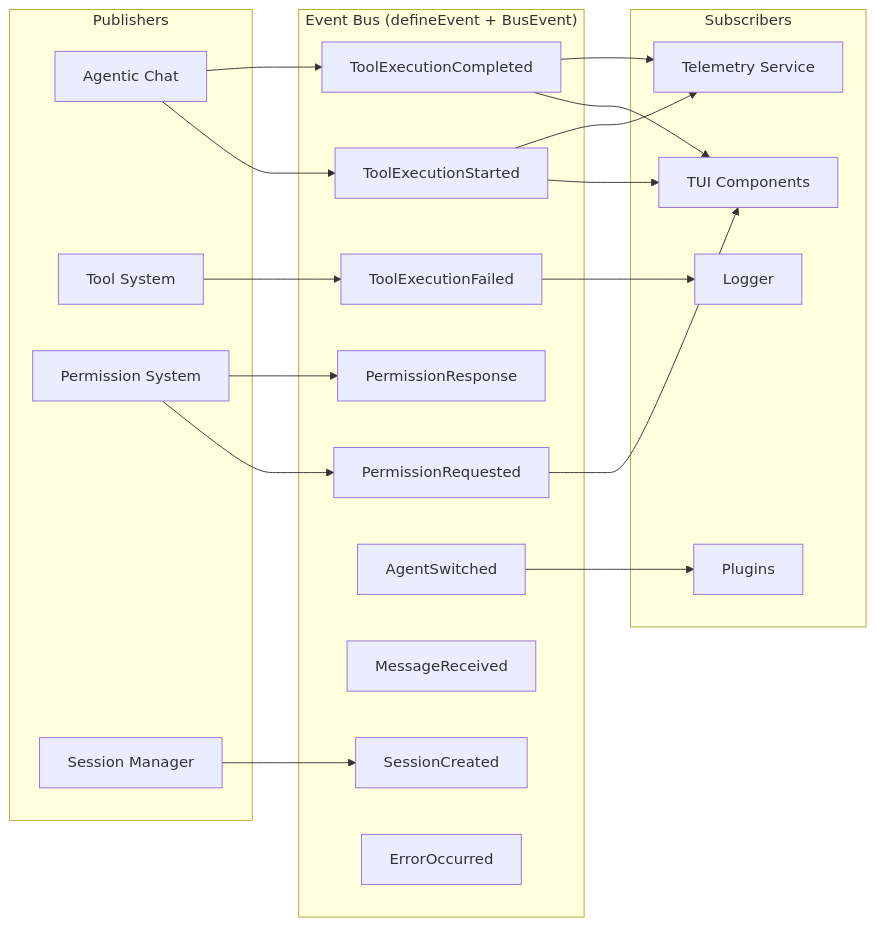
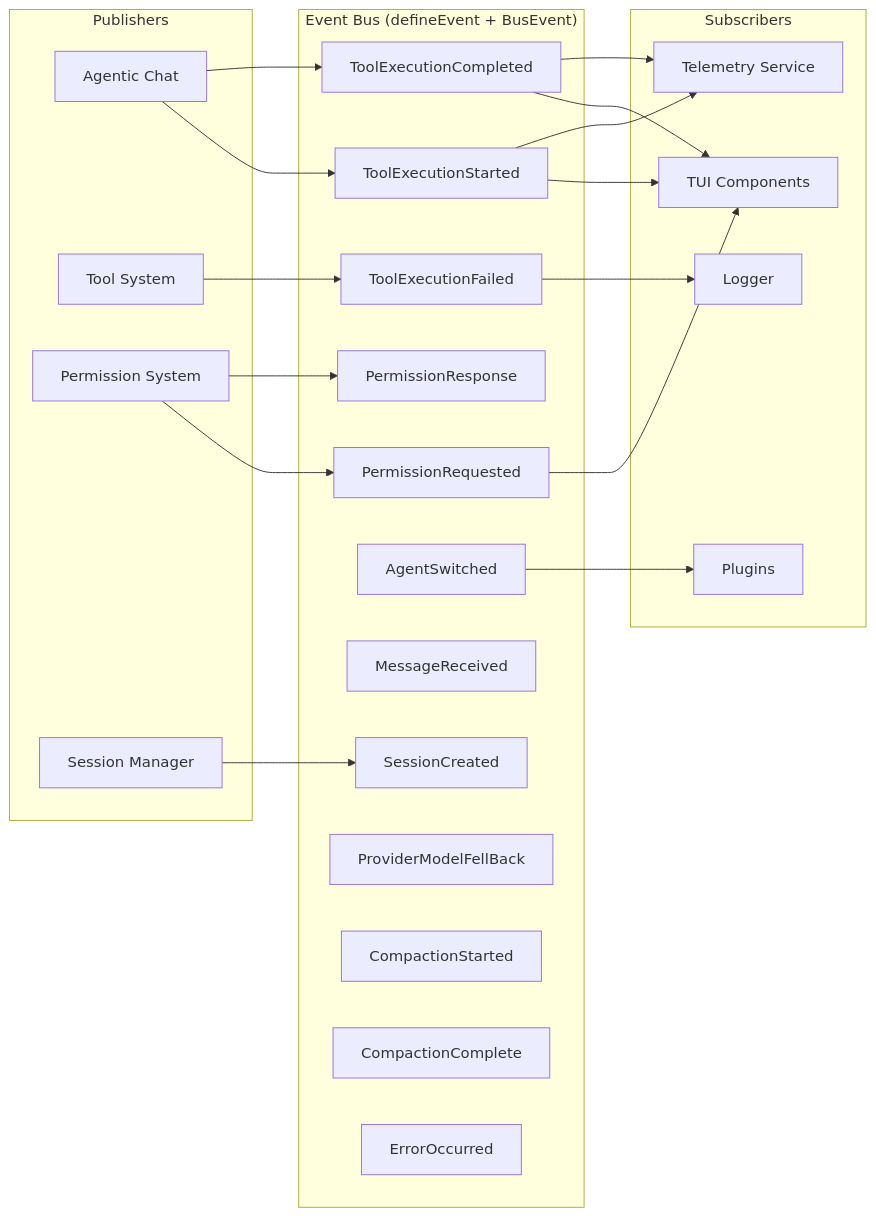
The fifth of 10 diagrams in docs/ARCHITECTURE.md (ausardcompany/alexi), drawn with Mermaid before and after one commit. The commit also changed other lines of this file and 1 other file, not shown here.

````diff
--- a/docs/ARCHITECTURE.md
+++ b/docs/ARCHITECTURE.md
@@ -340,43 +340,46 @@
 ```mermaid
 graph LR
     subgraph Publishers
         AgenticChat[Agentic Chat]
         ToolSystem[Tool System]
         PermSystem[Permission System]
         SessionMgr[Session Manager]
     end
 
     subgraph EventBus["Event Bus (defineEvent + BusEvent)"]
         ToolStart[ToolExecutionStarted]
         ToolEnd[ToolExecutionCompleted]
         ToolFail[ToolExecutionFailed]
         PermReq[PermissionRequested]
         PermResp[PermissionResponse]
         AgentSwitch[AgentSwitched]
         MsgRecv[MessageReceived]
         SessCreate[SessionCreated]
+        ProviderFB[ProviderModelFellBack]
+        CompStart[CompactionStarted]
+        CompDone[CompactionComplete]
         ErrOccur[ErrorOccurred]
     end
 
     subgraph Subscribers
         TUI[TUI Components]
         Telemetry[Telemetry Service]
         Logger[Logger]
         Plugins[Plugins]
     end
 
     AgenticChat --> ToolStart
     AgenticChat --> ToolEnd
     ToolSystem --> ToolFail
     PermSystem --> PermReq
     PermSystem --> PermResp
     SessionMgr --> SessCreate
 
     ToolStart --> TUI
     ToolEnd --> TUI
     PermReq --> TUI
     ToolFail --> Logger
     ToolStart --> Telemetry
     ToolEnd --> Telemetry
     AgentSwitch --> Plugins
 ```
````
